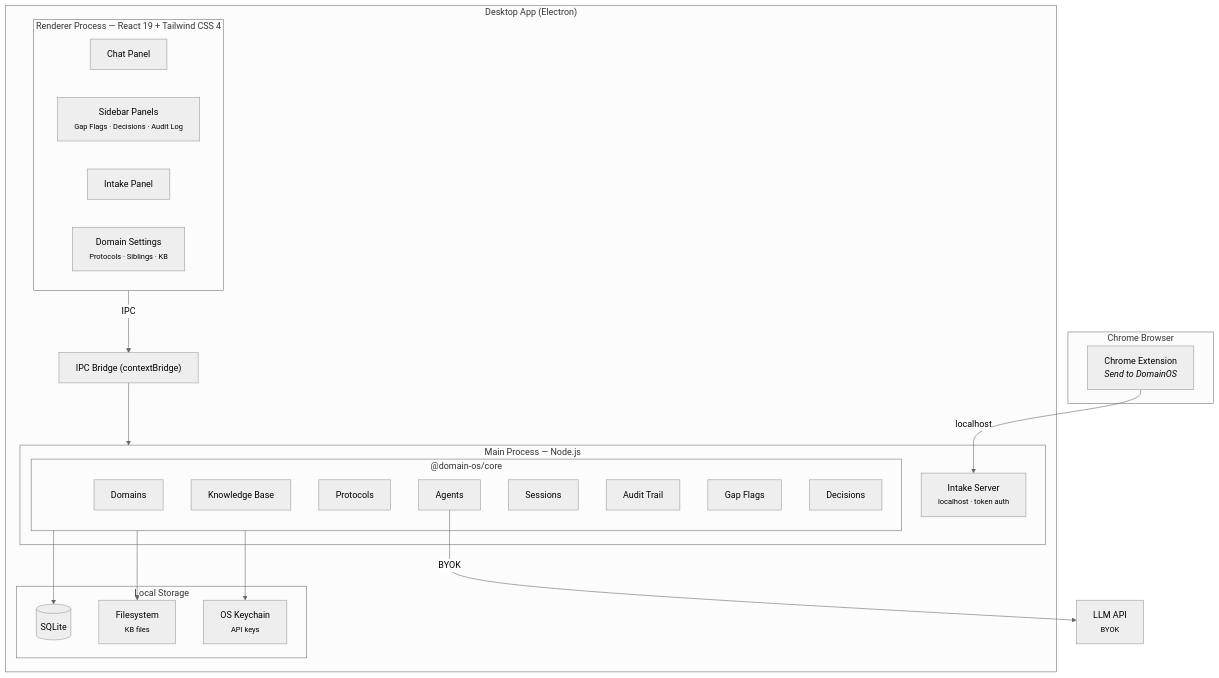
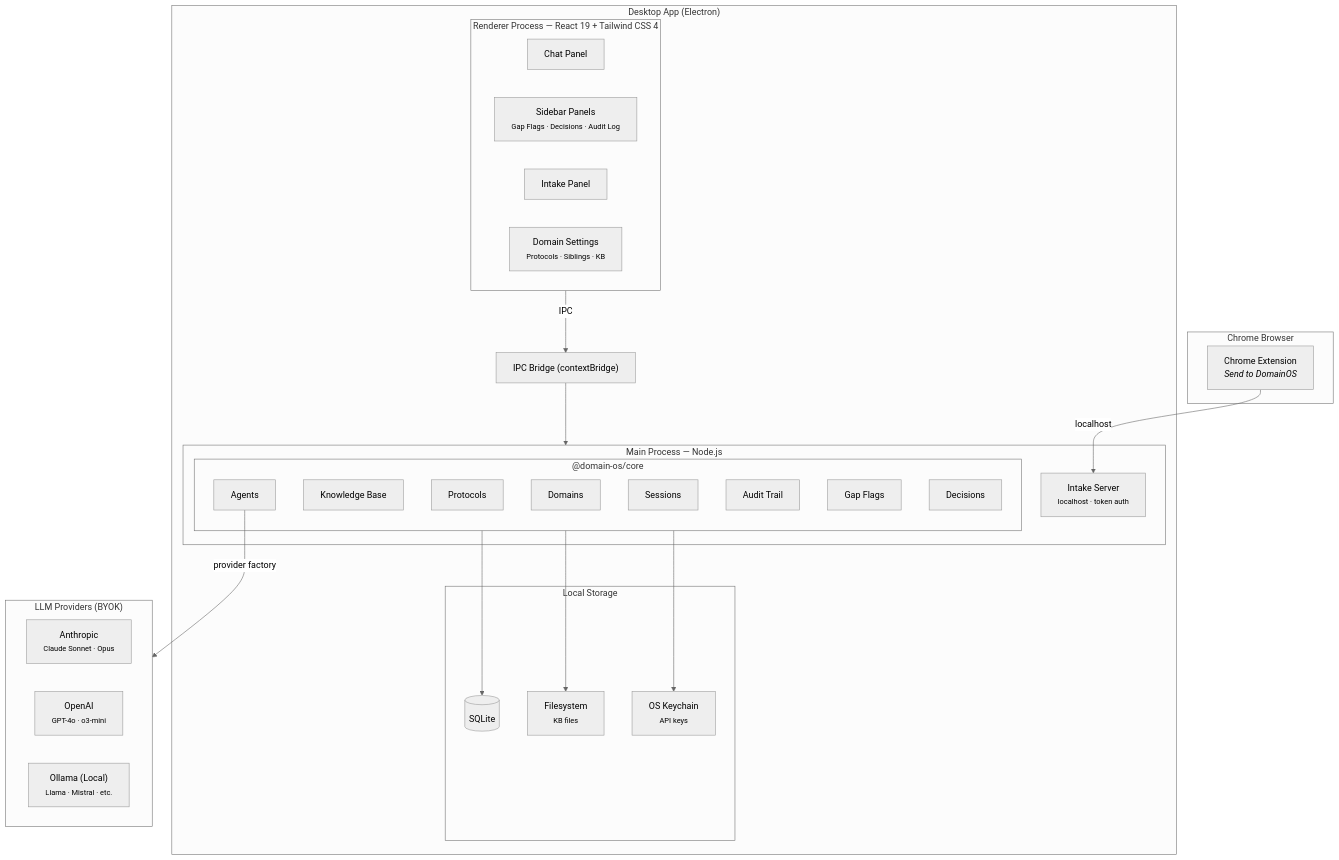
One commit to quiet-coder-io/DomainOS changed the first of 3 diagrams in README.md. Above: the diagram before and after it, drawn with Mermaid (neutral theme). The commit also changed other lines of this file and 3 other files, not shown here.

First line of the commit message:
Update all documentation for multi-provider LLM support

````diff
--- a/README.md
+++ b/README.md
@@ -58,46 +69,50 @@
 ```mermaid
 graph TB
     subgraph Browser["Chrome Browser"]
         EXT["Chrome Extension<br/><i>Send to DomainOS</i>"]
     end
 
     subgraph Electron["Desktop App (Electron)"]
         subgraph Renderer["Renderer Process — React 19 + Tailwind CSS 4"]
             CHAT["Chat Panel"]
             SIDEBAR["Sidebar Panels<br/><small>Gap Flags · Decisions · Audit Log</small>"]
             INTAKE["Intake Panel"]
             SETTINGS["Domain Settings<br/><small>Protocols · Siblings · KB</small>"]
         end
 
         IPC["IPC Bridge (contextBridge)"]
 
         subgraph Main["Main Process — Node.js"]
             subgraph Core["@domain-os/core"]
                 DOMAINS[Domains]
                 KB[Knowledge Base]
                 PROTOCOLS[Protocols]
                 AGENTS[Agents]
                 SESSIONS[Sessions]
                 AUDIT[Audit Trail]
                 GAPFLAGS[Gap Flags]
                 DECISIONS[Decisions]
             end
             INTAKESVR["Intake Server<br/><small>localhost · token auth</small>"]
         end
 
         subgraph Storage["Local Storage"]
             SQLITE[(SQLite)]
             FS["Filesystem<br/><small>KB files</small>"]
             KEYCHAIN["OS Keychain<br/><small>API keys</small>"]
         end
     end
 
-    LLM["LLM API<br/><small>BYOK</small>"]
+    subgraph LLM["LLM Providers (BYOK)"]
+        ANTHROPIC["Anthropic<br/><small>Claude Sonnet · Opus</small>"]
+        OPENAI["OpenAI<br/><small>GPT-4o · o3-mini</small>"]
+        OLLAMA["Ollama (Local)<br/><small>Llama · Mistral · etc.</small>"]
+    end
 
     EXT -- "localhost" --> INTAKESVR
     Renderer -- "IPC" --> IPC --> Main
-    AGENTS -- "BYOK" --> LLM
+    AGENTS -- "provider factory" --> LLM
     Core --> SQLITE
     Core --> FS
     Core --> KEYCHAIN
 ```
````
